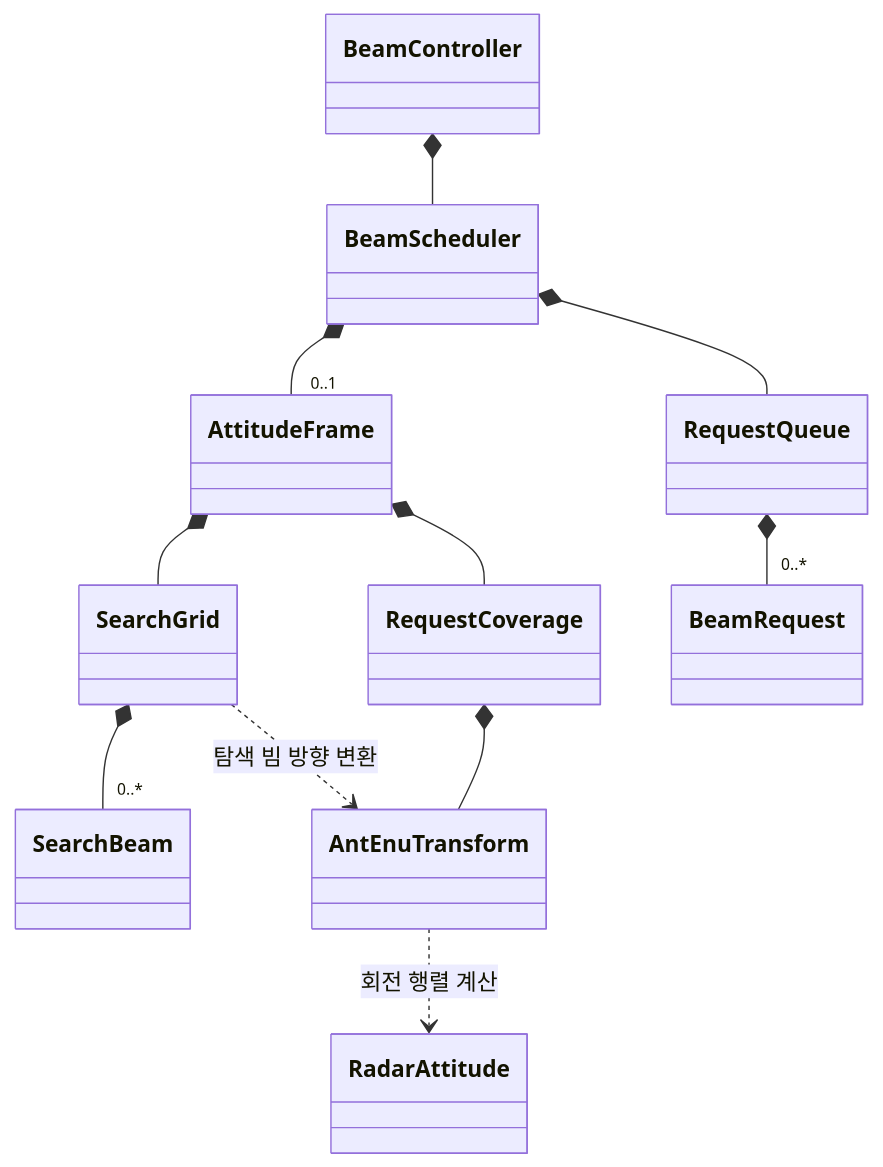
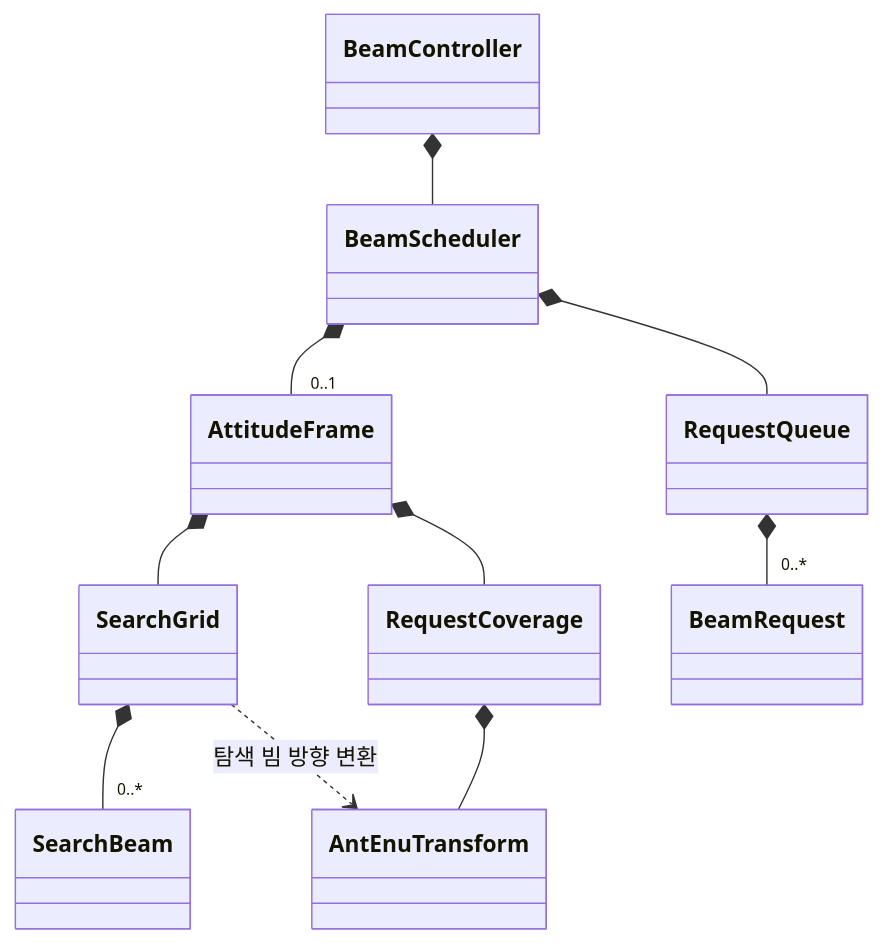
Before and after one commit to AESAlien/aesa-processor: the second of 2 diagrams in src/beam/README.md, drawn with Mermaid. The commit also changed other lines of this file and 81 other files, not shown here.

````diff
--- a/src/beam/README.md
+++ b/src/beam/README.md
@@ -28,16 +29,15 @@
 ```mermaid
 classDiagram
     direction TB
 
     BeamController *-- BeamScheduler
-    AntEnuTransform ..> RadarAttitude : 회전 행렬 계산
 
     BeamScheduler *-- "0..1" AttitudeFrame
     BeamScheduler *-- RequestQueue
     AttitudeFrame *-- SearchGrid
     AttitudeFrame *-- RequestCoverage
     SearchGrid *-- "0..*" SearchBeam
     SearchGrid ..> AntEnuTransform : 탐색 빔 방향 변환
     RequestCoverage *-- AntEnuTransform
     RequestQueue *-- "0..*" BeamRequest
 ```
````
